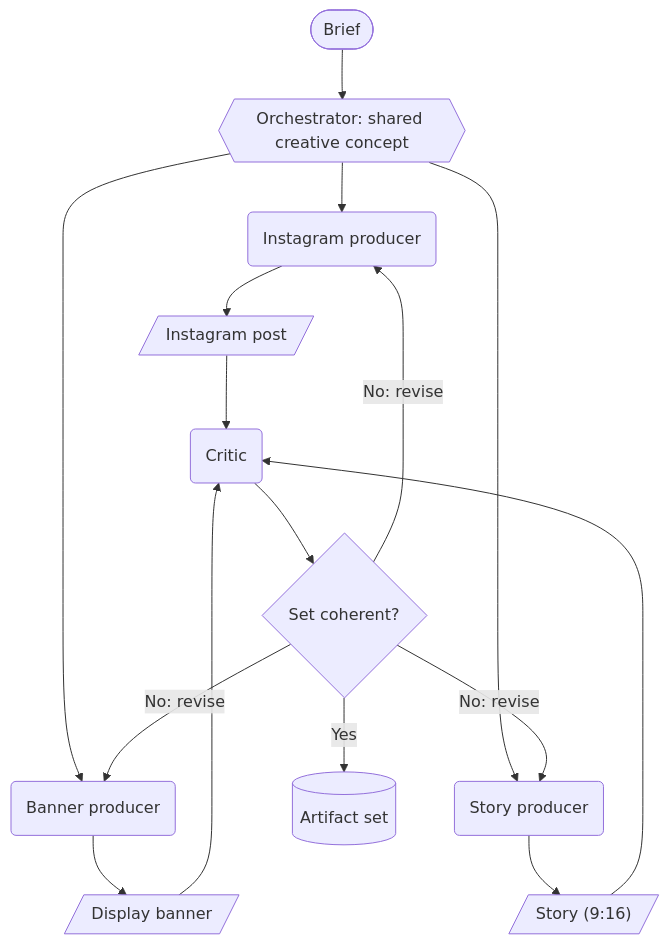
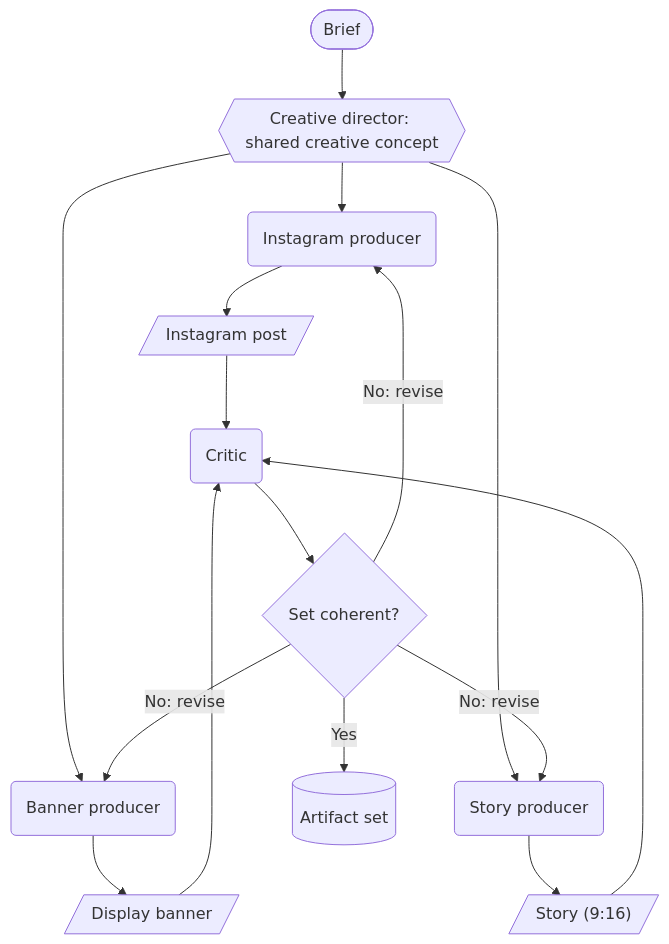
One commit to SpyrexDE/bachelor-thesis changed the fourth of 4 diagrams in concept/01-topologies.md. Above: the diagram before and after it, drawn with Mermaid. The commit also changed other lines of this file and 1 other file, not shown here.

Commit message:
Replace orchestrator with creative director

````diff
--- a/concept/01-topologies.md
+++ b/concept/01-topologies.md
@@ -95,18 +95,18 @@
 ```mermaid
 flowchart TB
-  B(["Brief"]) --> O{{"Orchestrator: shared creative concept"}}
+  B(["Brief"]) --> O{{"Creative director: shared creative concept"}}
   O --> P1("Instagram producer")
   O --> P2("Banner producer")
   O --> P3("Story producer")
   P1 --> IG[/"Instagram post"/]
   P2 --> AD[/"Display banner"/]
   P3 --> FB[/"Story (9:16)"/]
   IG --> Cr("Critic")
   AD --> Cr
   FB --> Cr
   Cr --> Q{"Set coherent?"}
   Q -->|"No: revise"| P1
   Q -->|"No: revise"| P2
   Q -->|"No: revise"| P3
   Q -->|Yes| S[("Artifact set")]
 ```
````
